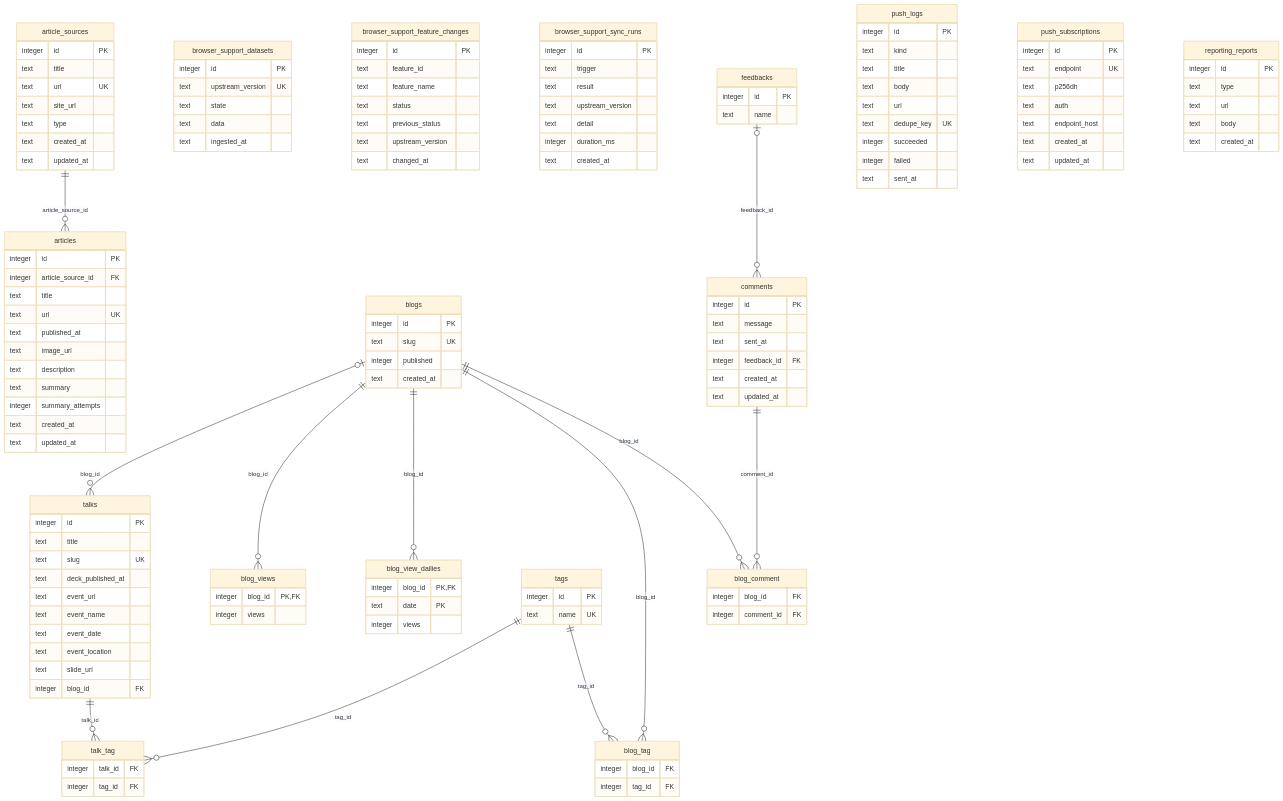
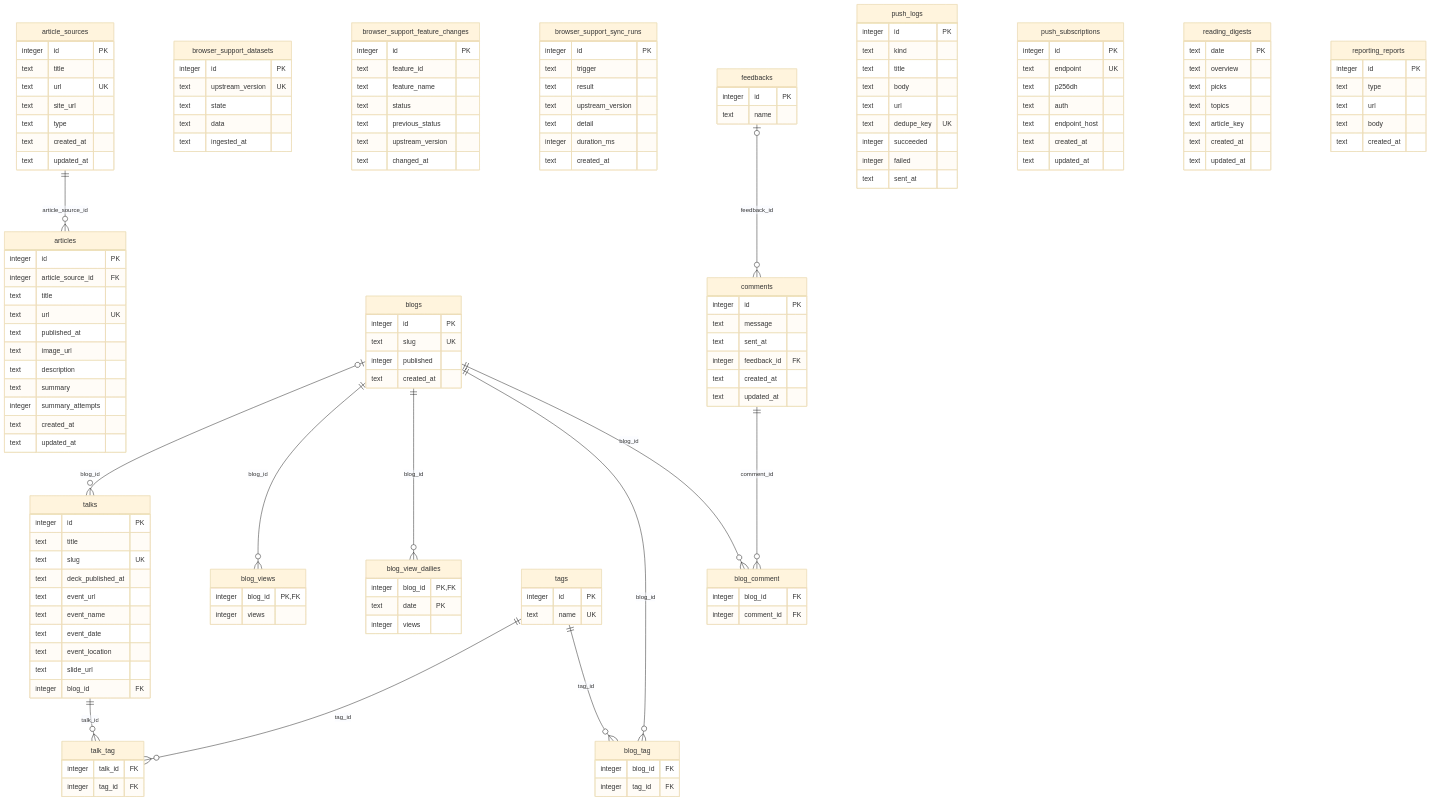
The diagram in packages/database/README.md (k35o/k8o), drawn with Mermaid (base theme) before and after one commit. The commit also changed 6 other files, not shown here.

```diff
--- a/packages/database/README.md
+++ b/packages/database/README.md
@@ -160,6 +160,15 @@
     text created_at
     text updated_at
   }
+  reading_digests {
+    text date PK
+    text overview
+    text picks
+    text topics
+    text article_key
+    text created_at
+    text updated_at
+  }
   reporting_reports {
     integer id PK
     text type
```
